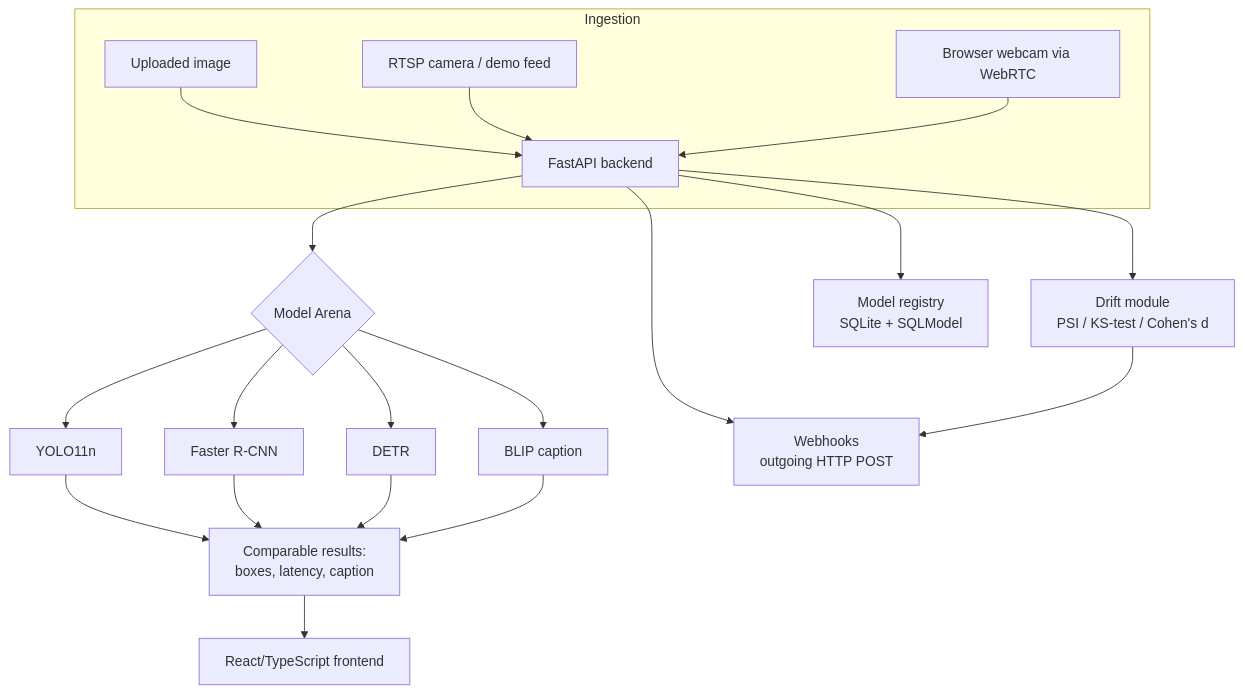
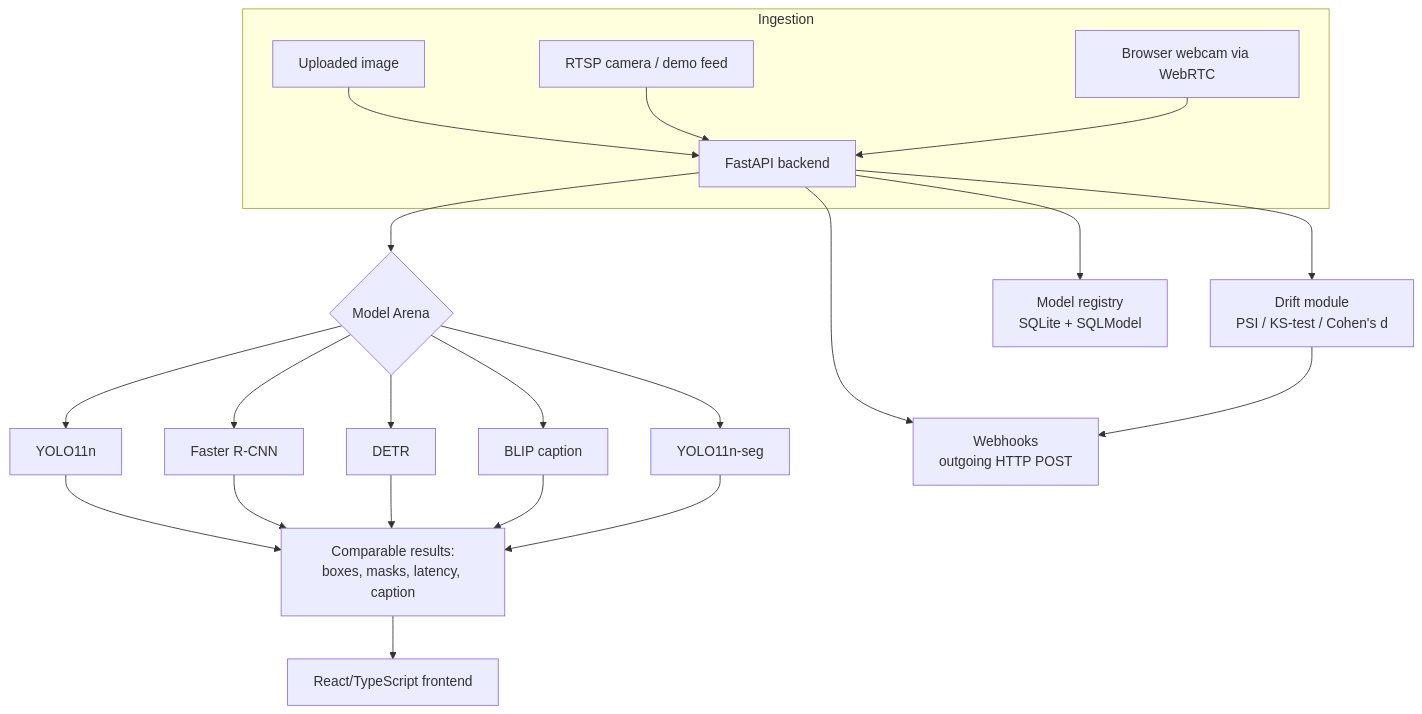
One commit to manuelbomi/YOLO-vs-Vision-AI-Model-Benchmark-for-Manufacturing-Healthcare-and-Video-Analytics-Monitoring changed the diagram in README.md. Above: the diagram before and after it, drawn with Mermaid. The commit also changed other lines of this file and 15 other files, not shown here.

First line of the commit message:
Add a 5th model: YOLO11n-seg for instance segmentation

````diff
--- a/README.md
+++ b/README.md
@@ -101,20 +103,21 @@
 ```mermaid
 flowchart TD
     subgraph Ingestion
         A1[Uploaded image] --> B
         A2[RTSP camera / demo feed] --> B
         A3[Browser webcam via WebRTC] --> B
     end
     B[FastAPI backend] --> C{Model Arena}
     C --> D1[YOLO11n]
     C --> D2[Faster R-CNN]
     C --> D3[DETR]
     C --> D4[BLIP caption]
-    D1 & D2 & D3 & D4 --> E[Comparable results:<br/>boxes, latency, caption]
+    C --> D5[YOLO11n-seg]
+    D1 & D2 & D3 & D4 & D5 --> E[Comparable results:<br/>boxes, masks, latency, caption]
     E --> F[React/TypeScript frontend]
 
     B --> G[Drift module<br/>PSI / KS-test / Cohen's d]
     B --> H[Model registry<br/>SQLite + SQLModel]
     B --> I[Webhooks<br/>outgoing HTTP POST]
     G --> I
 ```
````
